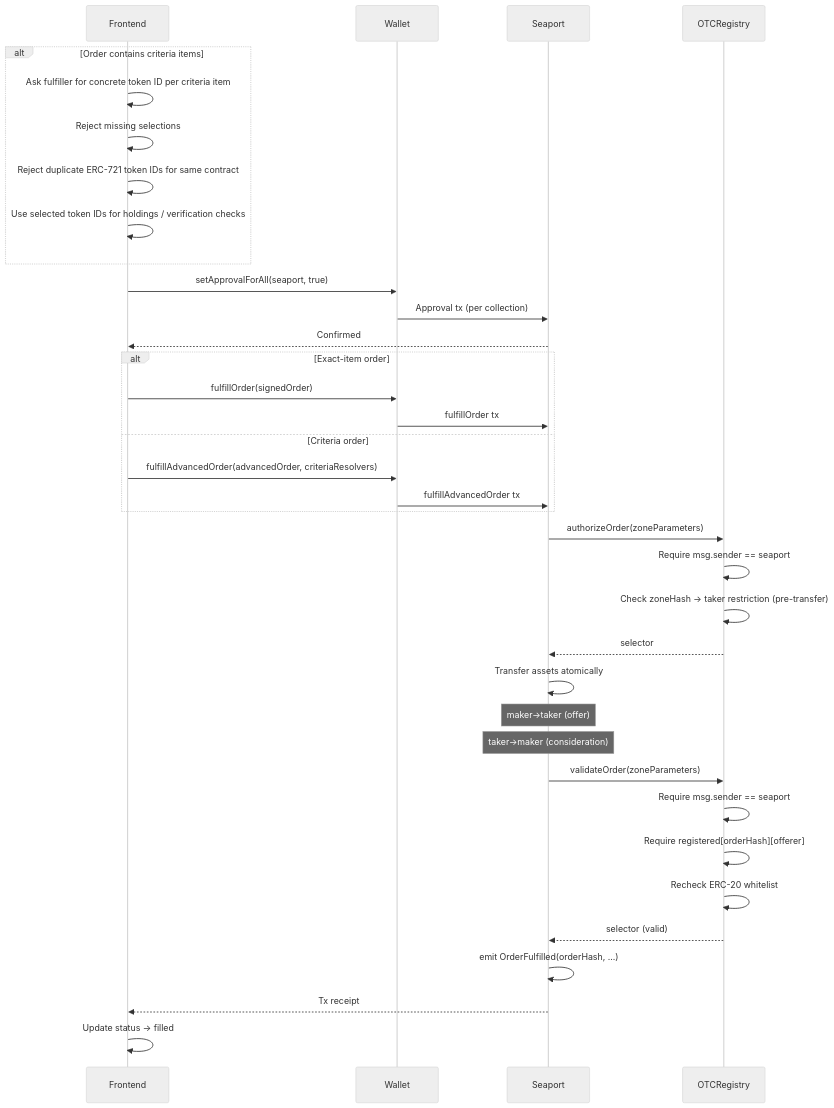
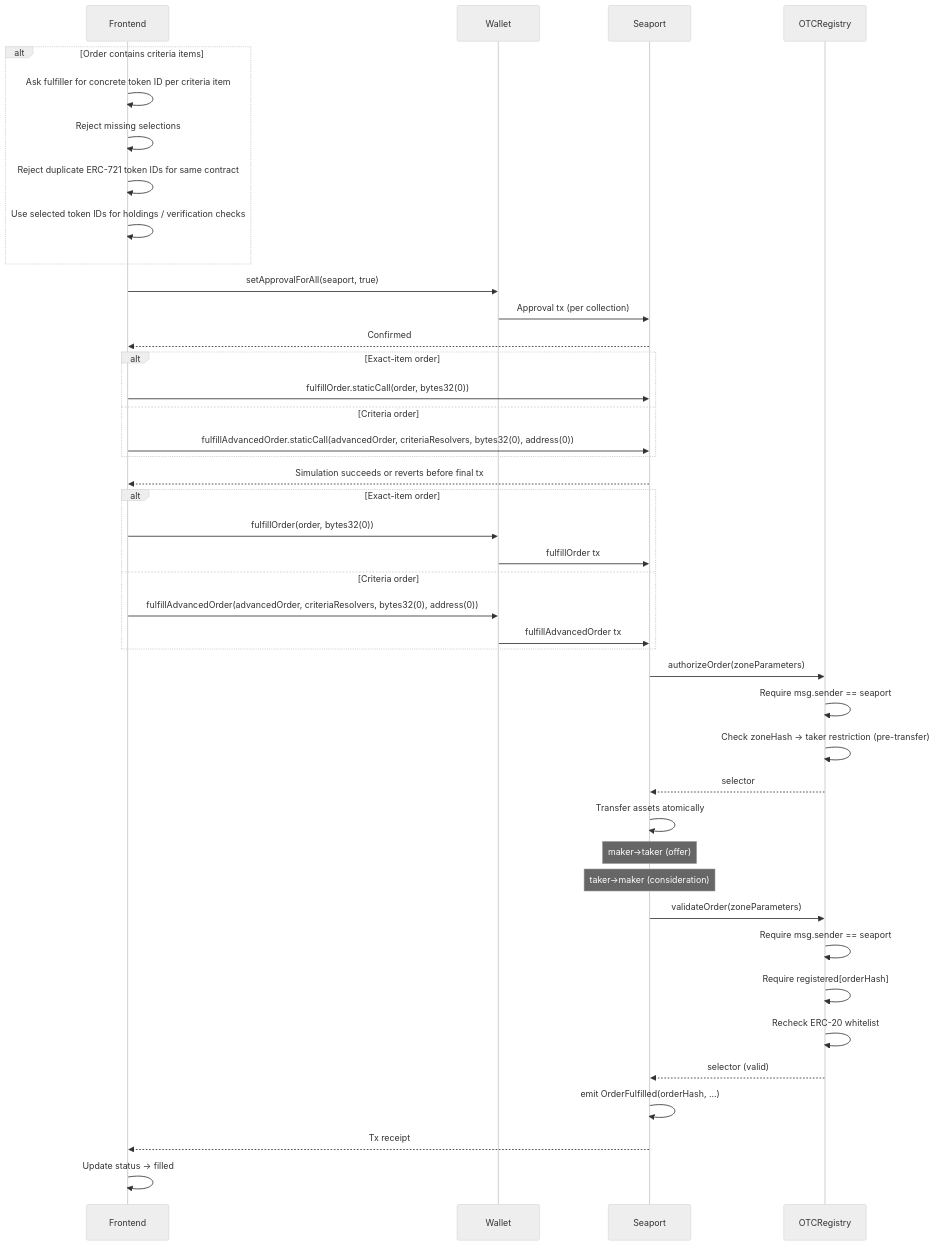
One commit to shukudaidayo/ocarina-trade changed the third of 5 diagrams in docs/flows.md. Above: the diagram before and after it, drawn with Mermaid (neutral theme). The commit also changed other lines of this file and 11 other files, not shown here.

````diff
--- a/docs/flows.md
+++ b/docs/flows.md
@@ -86,46 +90,53 @@
 ```mermaid
 sequenceDiagram
     participant F as Frontend
     participant W as Wallet
     participant S as Seaport
     participant Z as OTCRegistry
 
     alt Order contains criteria items
         F->>F: Ask fulfiller for concrete token ID per criteria item
         F->>F: Reject missing selections
         F->>F: Reject duplicate ERC-721 token IDs for same contract
         F->>F: Use selected token IDs for holdings / verification checks
     end
 
     F->>W: setApprovalForAll(seaport, true)
     W->>S: Approval tx (per collection)
     S-->>F: Confirmed
 
     alt Exact-item order
-        F->>W: fulfillOrder(signedOrder)
+        F->>S: fulfillOrder.staticCall(order, bytes32(0))
+    else Criteria order
+        F->>S: fulfillAdvancedOrder.staticCall(advancedOrder, criteriaResolvers, bytes32(0), address(0))
+    end
+    S-->>F: Simulation succeeds or reverts before final tx
+
+    alt Exact-item order
+        F->>W: fulfillOrder(order, bytes32(0))
         W->>S: fulfillOrder tx
     else Criteria order
-        F->>W: fulfillAdvancedOrder(advancedOrder, criteriaResolvers)
+        F->>W: fulfillAdvancedOrder(advancedOrder, criteriaResolvers, bytes32(0), address(0))
         W->>S: fulfillAdvancedOrder tx
     end
 
     S->>Z: authorizeOrder(zoneParameters)
     Z->>Z: Require msg.sender == seaport
     Z->>Z: Check zoneHash → taker restriction (pre-transfer)
     Z-->>S: selector
 
     S->>S: Transfer assets atomically
     Note over S: maker→taker (offer)
     Note over S: taker→maker (consideration)
 
     S->>Z: validateOrder(zoneParameters)
     Z->>Z: Require msg.sender == seaport
-    Z->>Z: Require registered[orderHash][offerer]
+    Z->>Z: Require registered[orderHash]
     Z->>Z: Recheck ERC-20 whitelist
     Z-->>S: selector (valid)
 
     S->>S: emit OrderFulfilled(orderHash, ...)
     S-->>F: Tx receipt
 
     F->>F: Update status → filled
 ```
````
